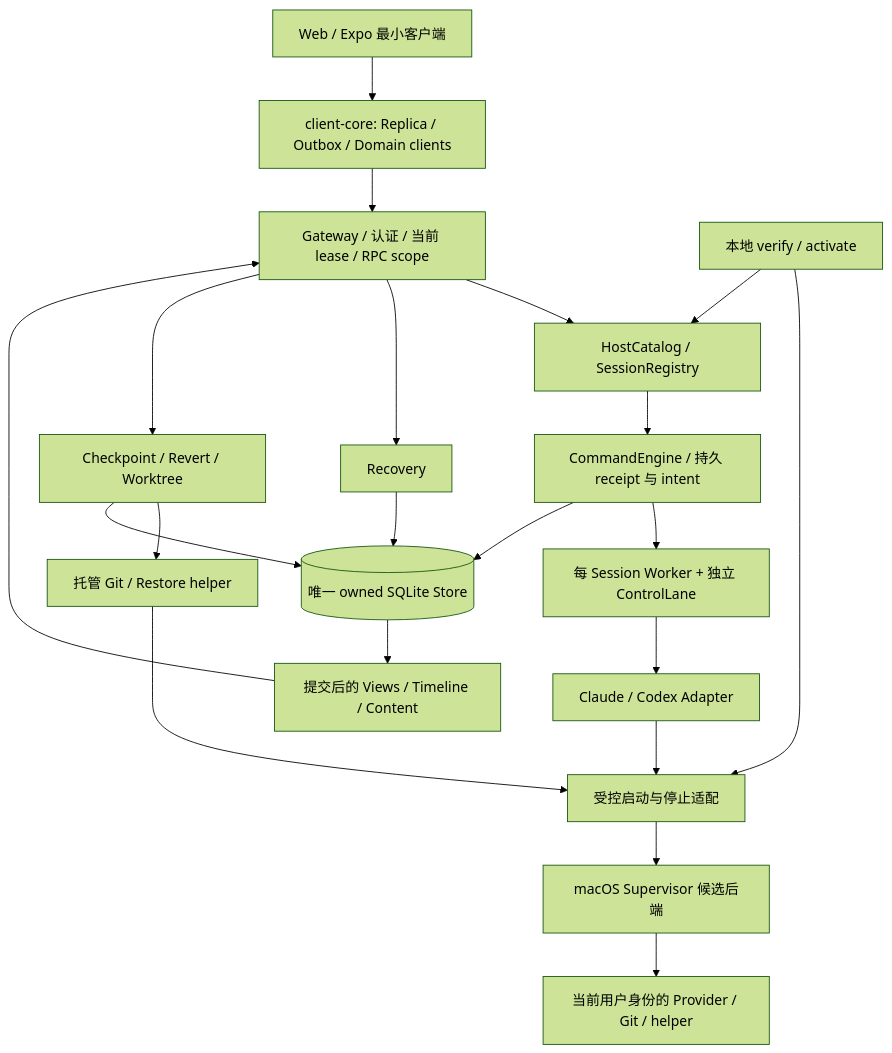
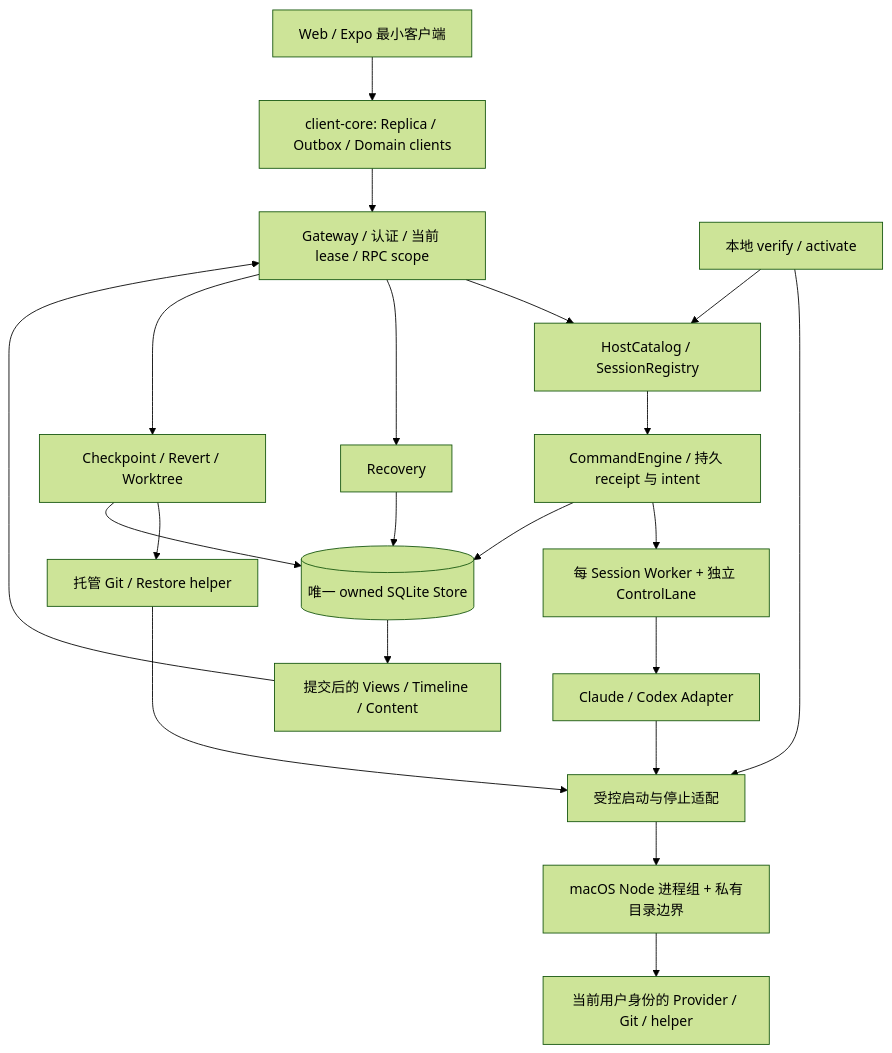
Before and after one commit to elex-fu/flex: the diagram in docs/core-capabilities-technical-design.md, drawn with Mermaid (forest theme). The commit also changed other lines of this file and 6 other files, not shown here.

````diff
--- a/docs/core-capabilities-technical-design.md
+++ b/docs/core-capabilities-technical-design.md
@@ -51,23 +51,23 @@
 ```mermaid
 flowchart TD
   UI[Web / Expo 最小客户端] --> CORE[client-core: Replica / Outbox / Domain clients]
   CORE --> GW[Gateway / 认证 / 当前 lease / RPC scope]
   GW --> CAT[HostCatalog / SessionRegistry]
   GW --> REC[Recovery]
   GW --> GIT[Checkpoint / Revert / Worktree]
   CAT --> ENG[CommandEngine / 持久 receipt 与 intent]
   ENG --> WORK[每 Session Worker + 独立 ControlLane]
   WORK --> ADP[Claude / Codex Adapter]
   ADP --> PROC[受控启动与停止适配]
   GIT --> RUN[托管 Git / Restore helper]
   RUN --> PROC
   ACT[本地 verify / activate] --> PROC
   ACT --> CAT
-  PROC --> SUP[macOS Supervisor 候选后端]
+  PROC --> SUP[macOS Node 进程组 + 私有目录边界]
   SUP --> NATIVE[当前用户身份的 Provider / Git / helper]
   ENG --> DB[(唯一 owned SQLite Store)]
   REC --> DB
   GIT --> DB
   DB --> VIEW[提交后的 Views / Timeline / Content]
   VIEW --> GW
 ```
````
